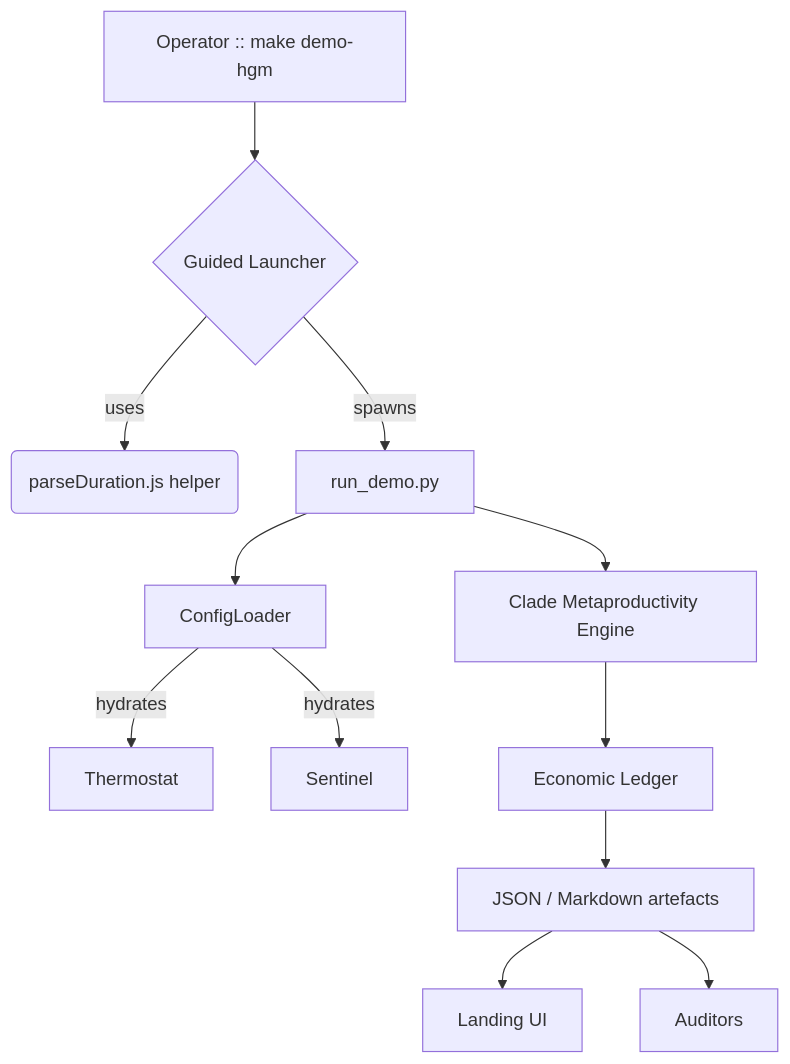
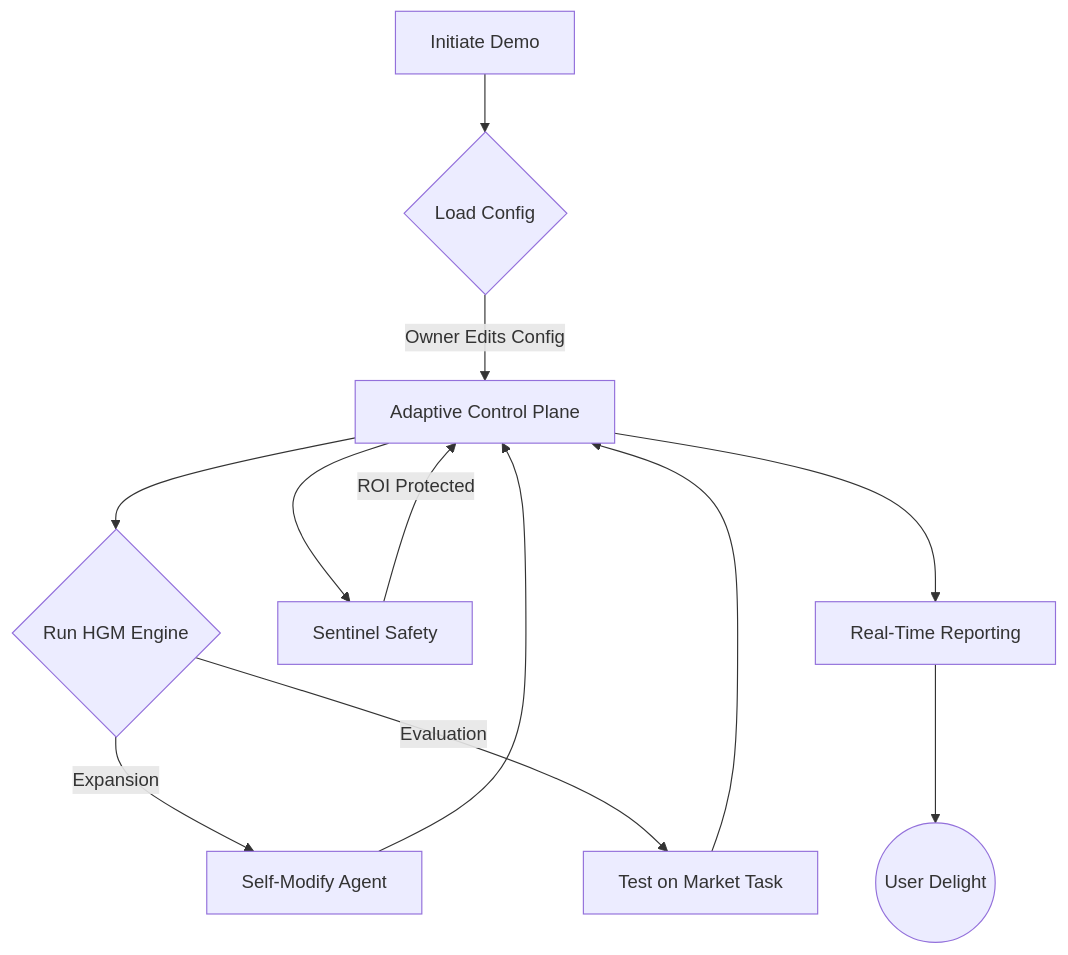
Before and after one commit to MontrealAI/AGIJobsv0: the first of 2 diagrams in demo/Huxley-Godel-Machine-v0/README.md, drawn with Mermaid. The commit also changed other lines of this file and 12 other files, not shown here.

Commit message:
Use JSON config for HGM demo

````diff
--- a/demo/Huxley-Godel-Machine-v0/README.md
+++ b/demo/Huxley-Godel-Machine-v0/README.md
@@ -90,14 +11,14 @@
 ```mermaid
 graph TD
-  Operator[Operator :: make demo-hgm] --> Launcher{Guided Launcher}
-  Launcher -->|uses| Scripts(parseDuration.js helper)
-  Launcher -->|spawns| DemoCLI[run_demo.py]
-  DemoCLI --> ConfigLoader
-  ConfigLoader -->|hydrates| Thermostat
-  ConfigLoader -->|hydrates| Sentinel
-  DemoCLI --> CMP[Clade Metaproductivity Engine]
-  CMP --> Ledger[Economic Ledger]
-  Ledger --> Reports[JSON / Markdown artefacts]
-  Reports --> UI[Landing UI]
-  Reports --> Auditors
+    A[Initiate Demo] --> B{Load Config}
+    B -->|Owner Edits Config| C[Adaptive Control Plane]
+    C --> D{Run HGM Engine}
+    D -->|Expansion| E[Self-Modify Agent]
+    D -->|Evaluation| F[Test on Market Task]
+    E --> C
+    F --> C
+    C --> G[Sentinel Safety]
+    G -->|ROI Protected| C
+    C --> H[Real-Time Reporting]
+    H --> I((User Delight))
 ```
````
